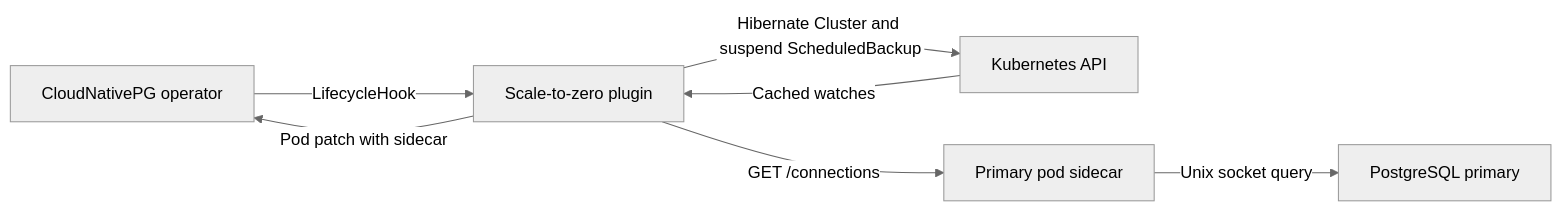
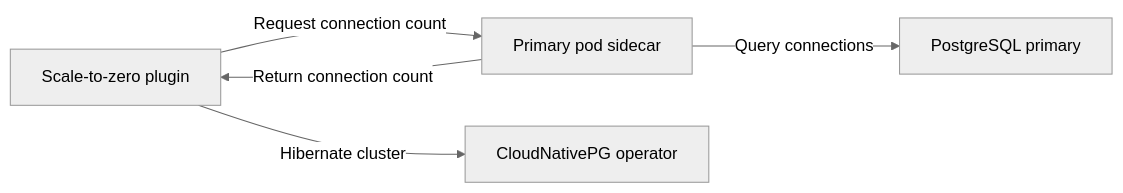
Before and after one commit to xataio/cnpg-i-scale-to-zero: the diagram in README.md, drawn with Mermaid (neutral theme). The commit also changed other lines of this file and 2 other files, not shown here.

````diff
--- a/README.md
+++ b/README.md
@@ -34,9 +27,7 @@
 ```mermaid
 flowchart LR
-    Operator[CloudNativePG operator] -->|LifecycleHook| Plugin[Scale-to-zero plugin]
-    Plugin -->|Pod patch with sidecar| Operator
-    API[Kubernetes API] -->|Cached watches| Plugin
-    Plugin -->|GET /connections| Probe[Primary pod sidecar]
-    Probe -->|Unix socket query| Postgres[PostgreSQL primary]
-    Plugin -->|Hibernate Cluster and suspend ScheduledBackup| API
+    Plugin[Scale-to-zero plugin] -->|Request connection count| Sidecar[Primary pod sidecar]
+    Sidecar -->|Query connections| Postgres[PostgreSQL primary]
+    Sidecar -->|Return connection count| Plugin
+    Plugin -->|Hibernate cluster| Operator[CloudNativePG operator]
 ```
````
